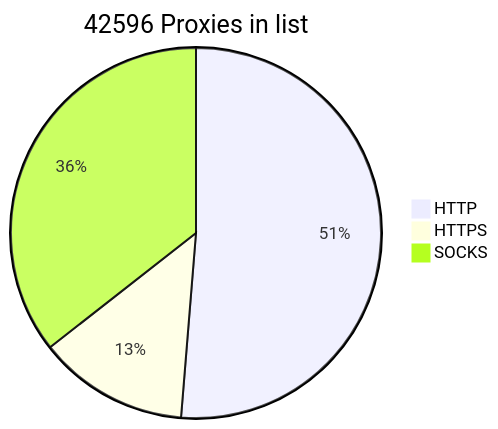
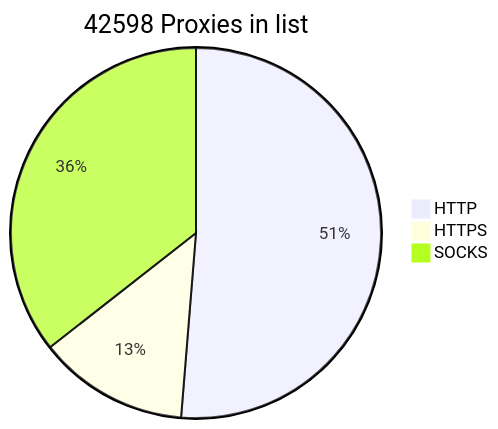
One commit to BlackSnowDot/proxylist-update-every-minute changed the diagram in README.md. Above: the diagram before and after it, drawn with Mermaid.

````diff
--- a/README.md
+++ b/README.md
@@ -2,6 +2,6 @@
 ```mermaid
-pie title 42596 Proxies in list
-    "HTTP" : 24374
-    "HTTPS": 6244
+pie title 42598 Proxies in list
+    "HTTP" : 24372
+    "HTTPS": 6246
     "SOCKS" : 16905
 ```
````
